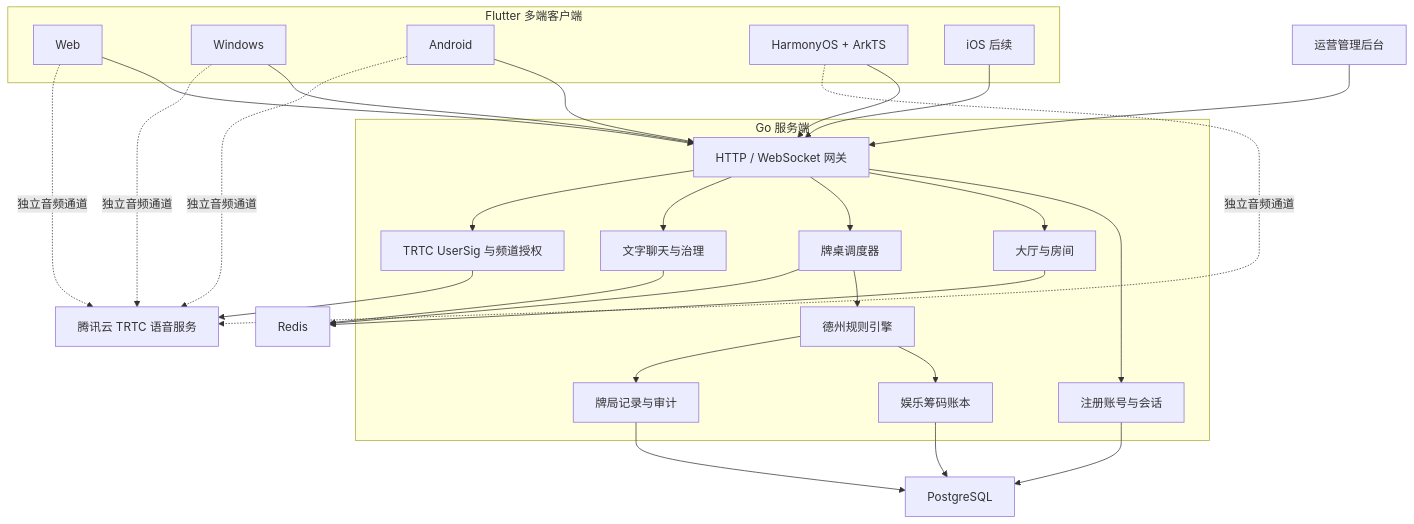
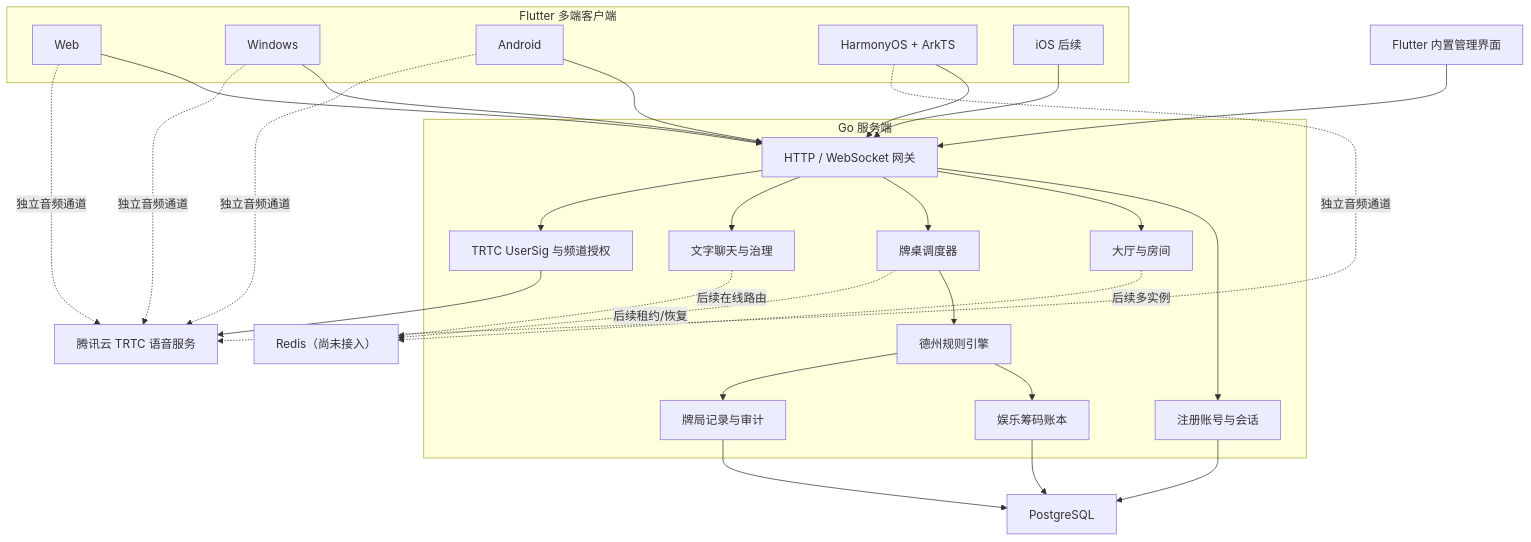
The second of 2 diagrams in docs/PRODUCT_ARCHITECTURE_PLAN.md (wm-develop/Texas), drawn with Mermaid before and after one commit. The commit also changed other lines of this file and 19 other files, not shown here.

````diff
--- a/docs/PRODUCT_ARCHITECTURE_PLAN.md
+++ b/docs/PRODUCT_ARCHITECTURE_PLAN.md
@@ -250,52 +254,52 @@
 ```mermaid
 flowchart TB
     subgraph Clients["Flutter 多端客户端"]
         Web["Web"]
         Win["Windows"]
         Android["Android"]
         Harmony["HarmonyOS + ArkTS"]
         IOS["iOS 后续"]
     end
 
     Web --> Gateway
     Win --> Gateway
     Android --> Gateway
     Harmony --> Gateway
     IOS --> Gateway
 
     subgraph Backend["Go 服务端"]
         Gateway["HTTP / WebSocket 网关"]
         Auth["注册账号与会话"]
         Lobby["大厅与房间"]
         Table["牌桌调度器"]
         Engine["德州规则引擎"]
         TextChat["文字聊天与治理"]
         VoiceToken["TRTC UserSig 与频道授权"]
         Ledger["娱乐筹码账本"]
         Audit["牌局记录与审计"]
     end
 
     Gateway --> Auth
     Gateway --> Lobby
     Gateway --> Table
     Gateway --> TextChat
     Gateway --> VoiceToken
     Table --> Engine
     Engine --> Ledger
     Engine --> Audit
 
     VoiceToken --> RTC["腾讯云 TRTC 语音服务"]
     Web -. "独立音频通道" .-> RTC
     Win -. "独立音频通道" .-> RTC
     Android -. "独立音频通道" .-> RTC
     Harmony -. "独立音频通道" .-> RTC
 
     Auth --> PostgreSQL["PostgreSQL"]
-    Lobby --> Redis["Redis"]
-    Table --> Redis
-    TextChat --> Redis
+    Lobby -. "后续多实例" .-> Redis["Redis（尚未接入）"]
+    Table -. "后续租约/恢复" .-> Redis
+    TextChat -. "后续在线路由" .-> Redis
     Ledger --> PostgreSQL
     Audit --> PostgreSQL
 
-    Admin["运营管理后台"] --> Gateway
+    Admin["Flutter 内置管理界面"] --> Gateway
 ```
````
